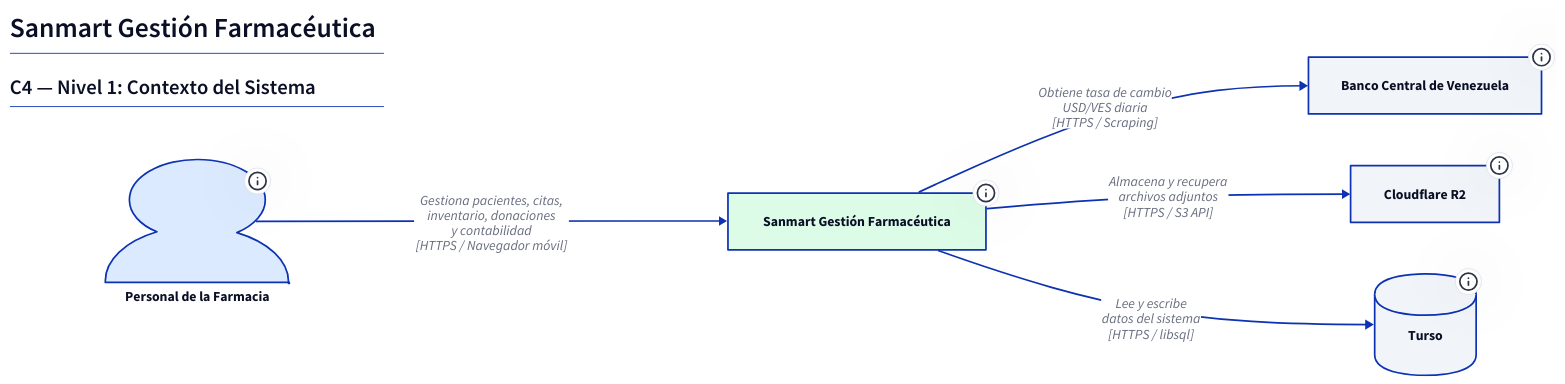
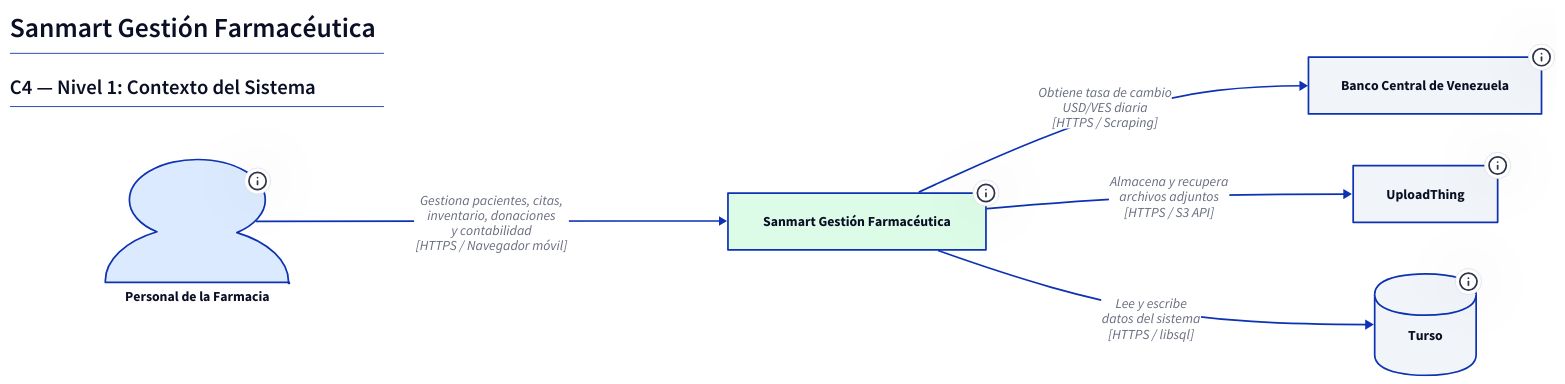
The diagram in docs/architecture/c4-level-1.d2 (DaikoneKisu/san-martin-de-porres-parish-pharmacy-community-service), drawn with D2 before and after one commit. The commit also changed 1 other file, not shown here.

Commit message:
chore: Update storage references to s3-like-storage (UploadThing for now) in C4 architecture diagrams

```diff
--- a/docs/architecture/c4-level-1.d2
+++ b/docs/architecture/c4-level-1.d2
@@ -1,45 +1,45 @@
 direction: right
 
 title: |md
   # Sanmart Gestión Farmacéutica
   ## C4 — Nivel 1: Contexto del Sistema
 |
 
 # Actores
 personal: Personal de la Farmacia {
   shape: person
   style.fill: "#dbeafe"
   tooltip: "Administrador, Secretario, Doctor, Farmaceuta"
 }
 
 # Sistema principal
 sanmart: Sanmart Gestión Farmacéutica {
   shape: rectangle
   style.fill: "#dcfce7"
   tooltip: "Sistema web mobile-first de gestión para la Farmacia de la Parroquia San Martín de Porres"
 }
 
 # Sistemas externos
 bcv: Banco Central de Venezuela {
   shape: rectangle
   style.fill: "#f1f5f9"
   tooltip: "Provee la tasa de cambio oficial USD/VES mediante su portal público"
 }
 
-r2: Cloudflare R2 {
+s3-like-storage: UploadThing {
   shape: rectangle
   style.fill: "#f1f5f9"
   tooltip: "Almacenamiento de archivos: adjuntos médicos, fotos de récipes externos, PDFs cacheados"
 }
 
 turso: Turso {
   shape: cylinder
   style.fill: "#f1f5f9"
   tooltip: "Base de datos SQLite distribuida en la nube"
 }
 
 # Relaciones
 personal -> sanmart: "Gestiona pacientes, citas,\ninventario, donaciones\ny contabilidad\n[HTTPS / Navegador móvil]"
 sanmart -> bcv: "Obtiene tasa de cambio\nUSD/VES diaria\n[HTTPS / Scraping]"
-sanmart -> r2: "Almacena y recupera\narchivos adjuntos\n[HTTPS / S3 API]"
+sanmart -> s3-like-storage: "Almacena y recupera\narchivos adjuntos\n[HTTPS / S3 API]"
 sanmart -> turso: "Lee y escribe\ndatos del sistema\n[HTTPS / libsql]"
```
